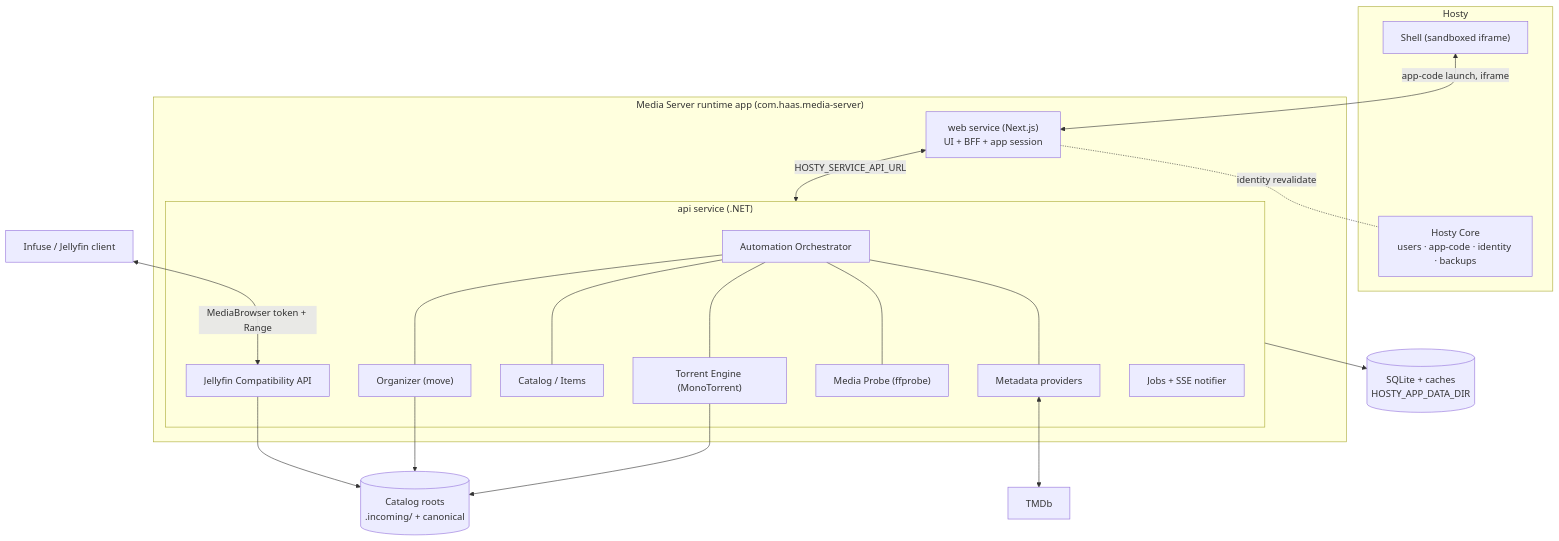
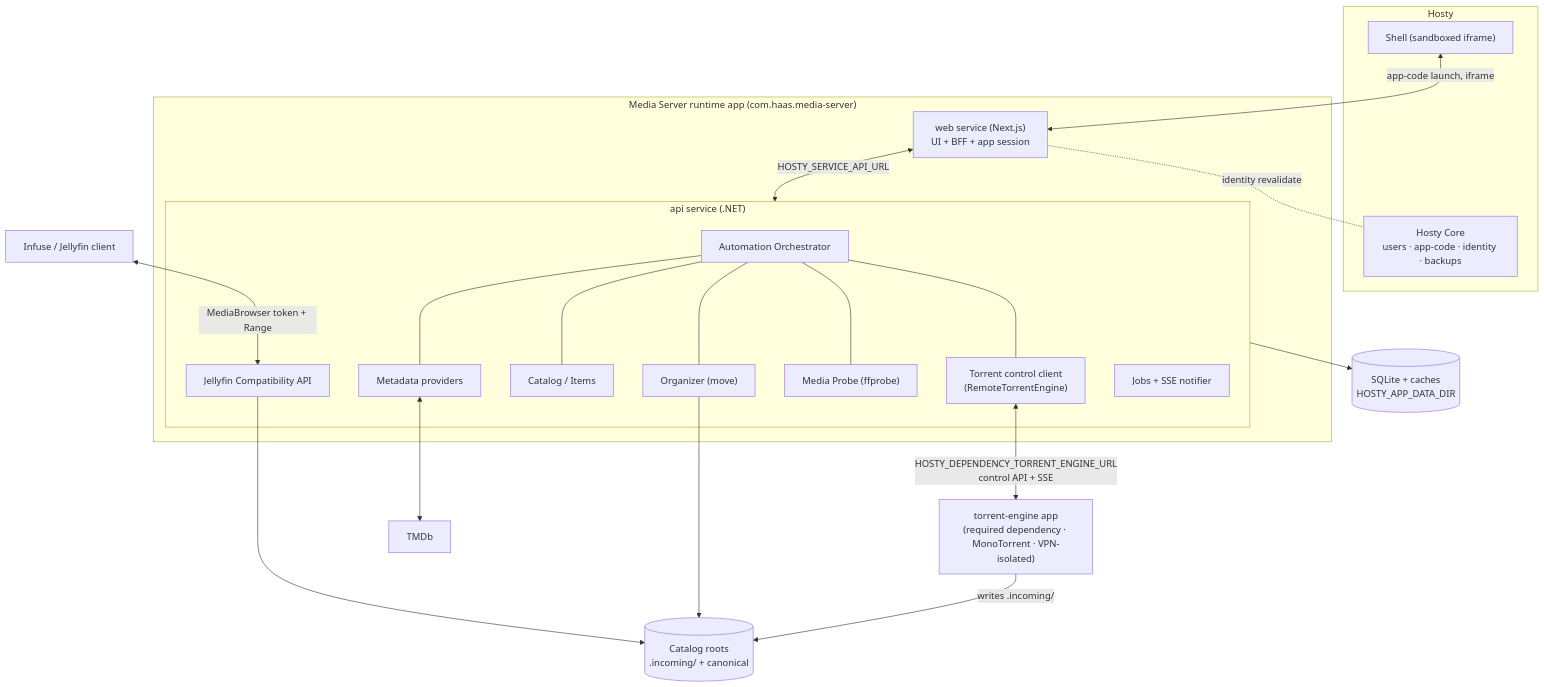
One commit to alex-de-haas/media-server changed the second of 2 diagrams in docs/root.md. Above: the diagram before and after it, drawn with Mermaid. The commit also changed other lines of this file and 17 other files, not shown here.

````diff
--- a/docs/root.md
+++ b/docs/root.md
@@ -44,35 +44,37 @@
 ```mermaid
 flowchart TB
   subgraph Hosty
     CORE["Hosty Core<br/>users · app-code · identity · backups"]
     SHELL["Shell (sandboxed iframe)"]
   end
   subgraph App["Media Server runtime app (com.haas.media-server)"]
     WEB["web service (Next.js)<br/>UI + BFF + app session"]
     subgraph API["api service (.NET)"]
       ORCH["Automation Orchestrator"]
-      TOR["Torrent Engine (MonoTorrent)"]
+      TOR["Torrent control client<br/>(RemoteTorrentEngine)"]
       ORG["Organizer (move)"]
       CAT["Catalog / Items"]
       META["Metadata providers"]
       PROBE["Media Probe (ffprobe)"]
       JELLY["Jellyfin Compatibility API"]
       JOBS["Jobs + SSE notifier"]
     end
   end
+  TENG["torrent-engine app<br/>(required dependency · MonoTorrent · VPN-isolated)"]
   INFUSE["Infuse / Jellyfin client"]
   TMDB["TMDb"]
   DB[("SQLite + caches<br/>HOSTY_APP_DATA_DIR")]
   CATFS[("Catalog roots<br/>.incoming/ + canonical")]
 
   SHELL <-->|app-code launch, iframe| WEB
   WEB <-->|HOSTY_SERVICE_API_URL| API
   WEB -.identity revalidate.- CORE
   INFUSE <-->|MediaBrowser token + Range| JELLY
   META <--> TMDB
   ORCH --- TOR & ORG & META & PROBE & CAT
+  TOR <-->|HOSTY_DEPENDENCY_TORRENT_ENGINE_URL<br/>control API + SSE| TENG
   API --> DB
-  TOR --> CATFS
+  TENG -->|writes .incoming/| CATFS
   ORG --> CATFS
   JELLY --> CATFS
 ```
````
